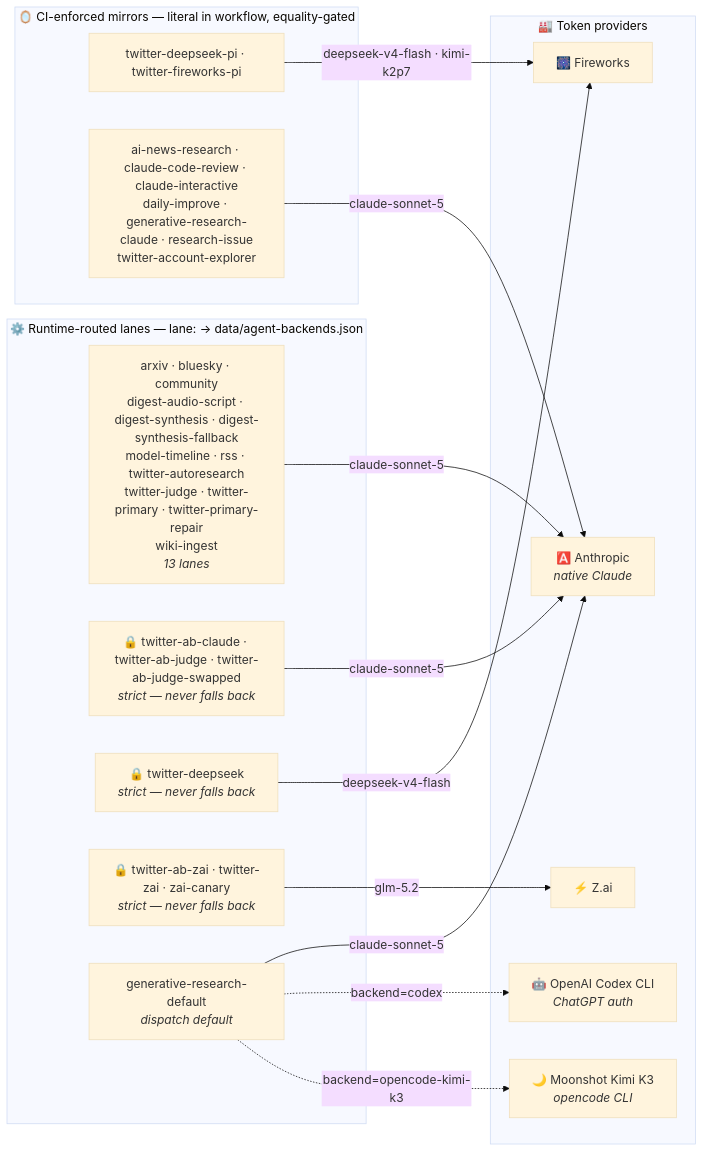
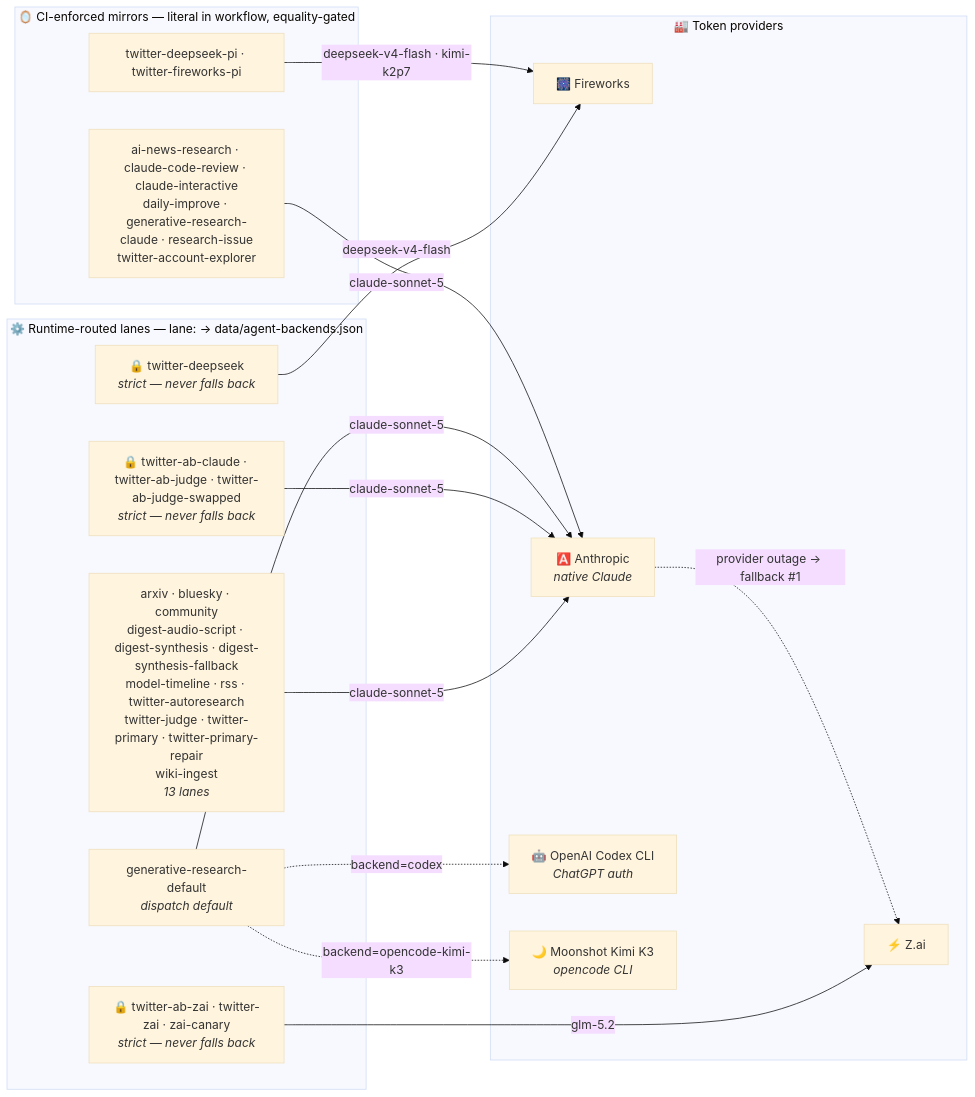
One commit to guzus/ai-research-arm changed the second of 3 diagrams in README.md. Above: the diagram before and after it, drawn with Mermaid (base theme). The commit also changed other lines of this file and 8 other files, not shown here.

````diff
--- a/README.md
+++ b/README.md
@@ -147,30 +147,31 @@
 ```mermaid
 flowchart LR
     subgraph runtime["⚙️ Runtime-routed lanes — lane: → data/agent-backends.json"]
         lanes0["arxiv · bluesky · community<br/>digest-audio-script · digest-synthesis · digest-synthesis-fallback<br/>model-timeline · rss · twitter-autoresearch<br/>twitter-judge · twitter-primary · twitter-primary-repair<br/>wiki-ingest<br/><i>13 lanes</i>"]
         strict0["🔒 twitter-ab-claude · twitter-ab-judge · twitter-ab-judge-swapped<br/><i>strict — never falls back</i>"]
         strict1["🔒 twitter-deepseek<br/><i>strict — never falls back</i>"]
         strict2["🔒 twitter-ab-zai · twitter-zai · zai-canary<br/><i>strict — never falls back</i>"]
         gendef["generative-research-default<br/><i>dispatch default</i>"]
     end
     subgraph mirrors["🪞 CI-enforced mirrors — literal in workflow, equality-gated"]
         pi["twitter-deepseek-pi · twitter-fireworks-pi"]
         native["ai-news-research · claude-code-review · claude-interactive<br/>daily-improve · generative-research-claude · research-issue<br/>twitter-account-explorer"]
     end
     subgraph providers["🏭 Token providers"]
         FW["🎆 Fireworks"]
         ZAI["⚡ Z.ai"]
         ANT["🅰️ Anthropic<br/><i>native Claude</i>"]
         OAI["🤖 OpenAI Codex CLI<br/><i>ChatGPT auth</i>"]
         MSH["🌙 Moonshot Kimi K3<br/><i>opencode CLI</i>"]
     end
     lanes0 -->|"claude-sonnet-5"| ANT
     strict0 -->|"claude-sonnet-5"| ANT
     strict1 -->|"deepseek-v4-flash"| FW
     strict2 -->|"glm-5.2"| ZAI
     gendef -->|"claude-sonnet-5"| ANT
     pi -->|"deepseek-v4-flash · kimi-k2p7"| FW
     native -->|"claude-sonnet-5"| ANT
     gendef -.->|"backend=codex"| OAI
     gendef -.->|"backend=opencode-kimi-k3"| MSH
+    ANT -. "provider outage → fallback #1" .-> ZAI
 ```
````
